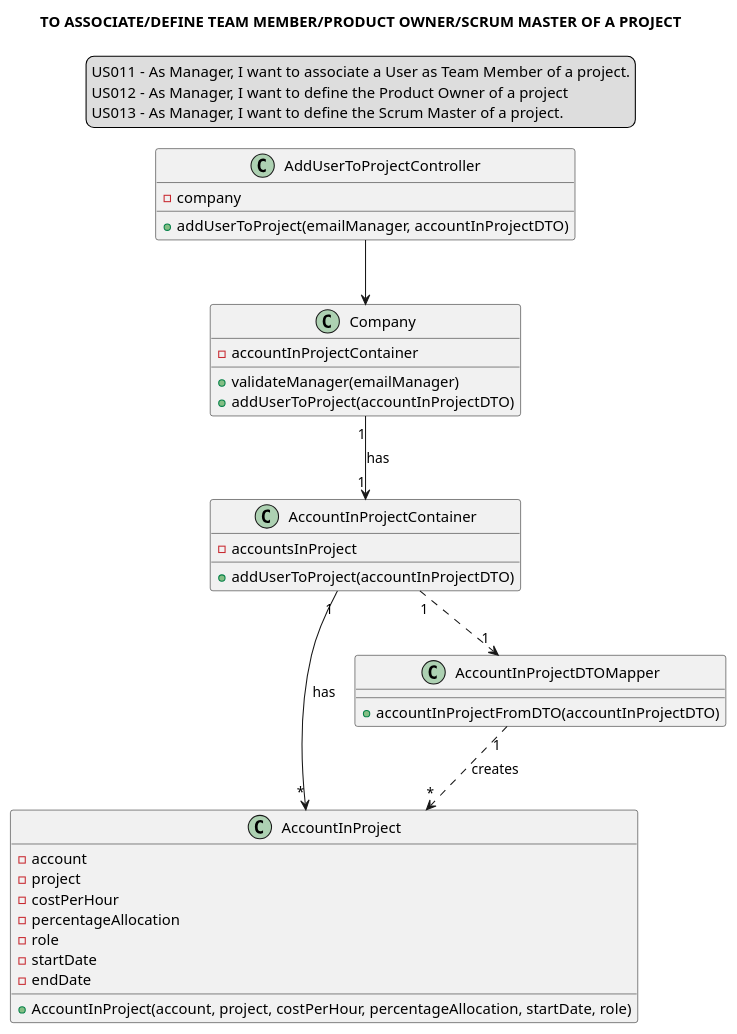
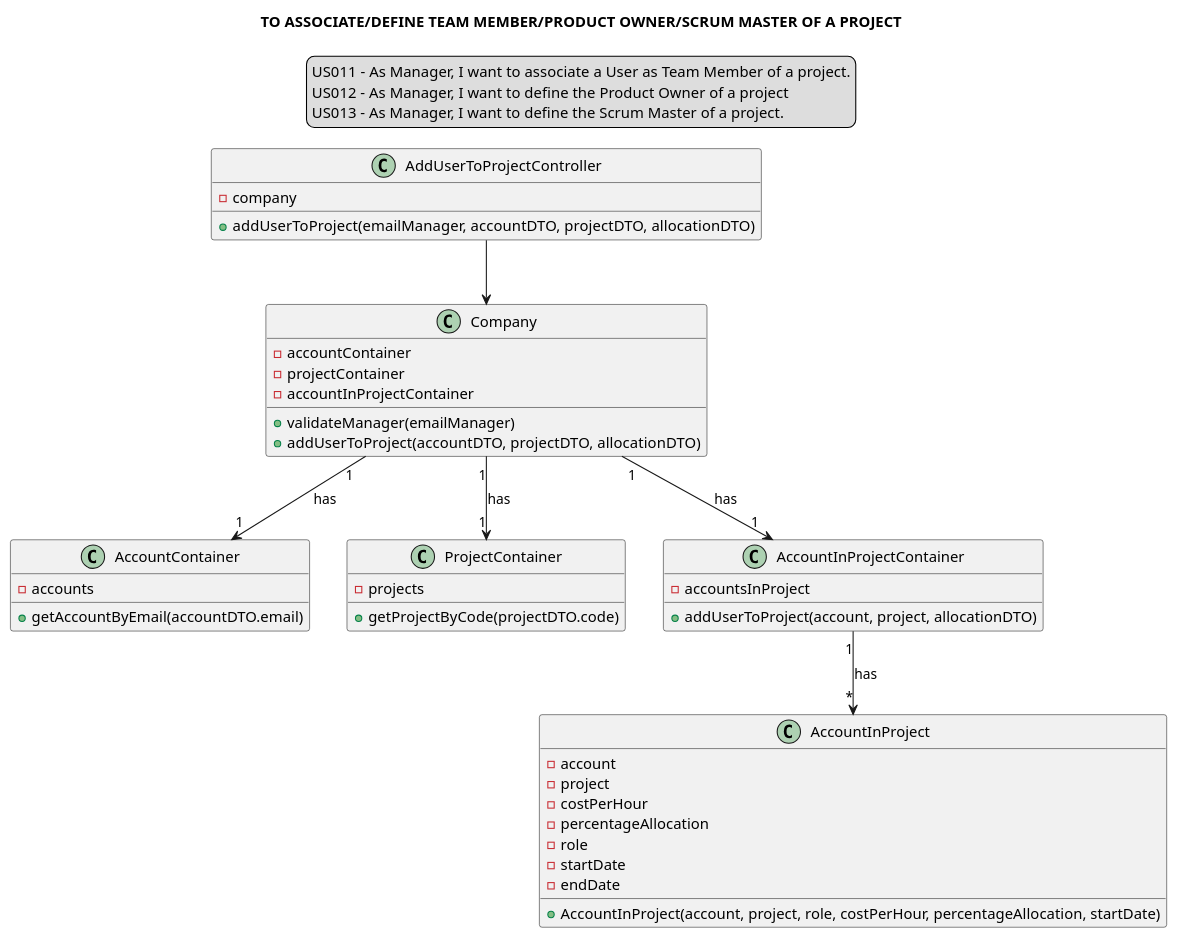
One commit to Loracline/project_switch_22-23 changed the diagram in docs/modelling_design/user_stories/sprint02/us011_us012_us013/US011_US012_US013_classDiagram.puml. Above: the diagram before and after it, drawn with PlantUML. The commit also changed 11 other files, not shown here.

Commit message:
US011-US013 : Design : refinement of class diagram (new implementation with separate DTOs).

```diff
--- a/docs/modelling_design/user_stories/sprint02/us011_us012_us013/US011_US012_US013_classDiagram.puml
+++ b/docs/modelling_design/user_stories/sprint02/us011_us012_us013/US011_US012_US013_classDiagram.puml
@@ -1,48 +1,56 @@
 @startuml
 
 skinparam sequenceMessageAlign center
 title TO ASSOCIATE/DEFINE TEAM MEMBER/PRODUCT OWNER/SCRUM MASTER OF A PROJECT
 legend top
 US011 - As Manager, I want to associate a User as Team Member of a project.
 US012 - As Manager, I want to define the Product Owner of a project
 US013 - As Manager, I want to define the Scrum Master of a project.
 end legend
 
 class AddUserToProjectController {
 -company
-+addUserToProject(emailManager, accountInProjectDTO)
++addUserToProject(emailManager, accountDTO, projectDTO, allocationDTO)
 }
 
 class Company {
+-accountContainer
+-projectContainer
 -accountInProjectContainer
 +validateManager(emailManager)
-+addUserToProject(accountInProjectDTO)
++addUserToProject(accountDTO, projectDTO, allocationDTO)
+}
+
+class AccountContainer {
+-accounts
++getAccountByEmail(accountDTO.email)
+}
+
+class ProjectContainer {
+-projects
++getProjectByCode(projectDTO.code)
 }
 
 class AccountInProject{
 -account
 -project
 -costPerHour
 -percentageAllocation
 -role
 -startDate
 -endDate
-+AccountInProject(account, project, costPerHour, percentageAllocation, startDate, role)
++AccountInProject(account, project, role, costPerHour, percentageAllocation, startDate)
 }
 
 class AccountInProjectContainer{
 -accountsInProject
-+addUserToProject(accountInProjectDTO)
-}
-
-class AccountInProjectDTOMapper {
-+accountInProjectFromDTO(accountInProjectDTO)
++addUserToProject(account, project, allocationDTO)
 }
 
 AddUserToProjectController --> Company
 Company "1"-->"1" AccountInProjectContainer: has
-AccountInProjectContainer "1"..>"1" AccountInProjectDTOMapper
-AccountInProjectDTOMapper "1"..> "*"AccountInProject: creates
+Company "1"-->"1" AccountContainer: has
+Company "1"-->"1" ProjectContainer: has
 AccountInProjectContainer "1"--> "*" AccountInProject: has
 
 @enduml
```
